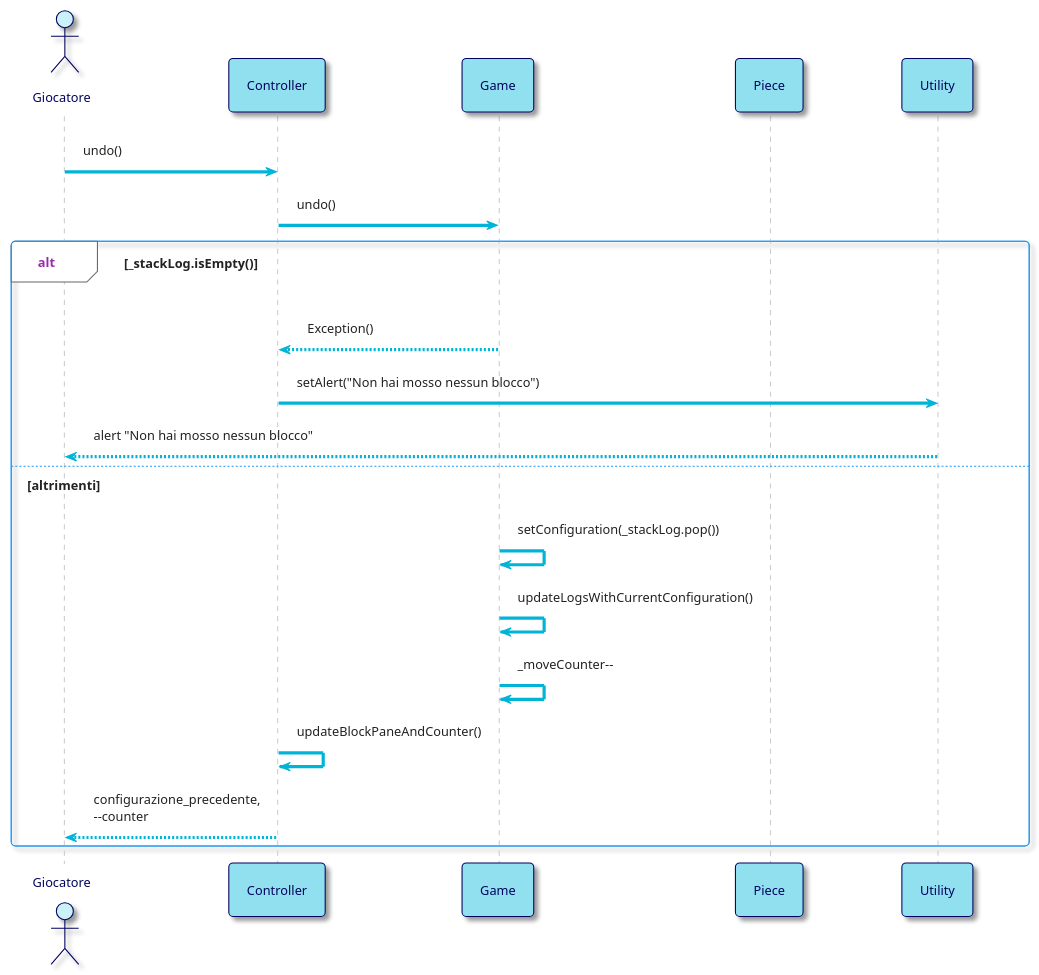
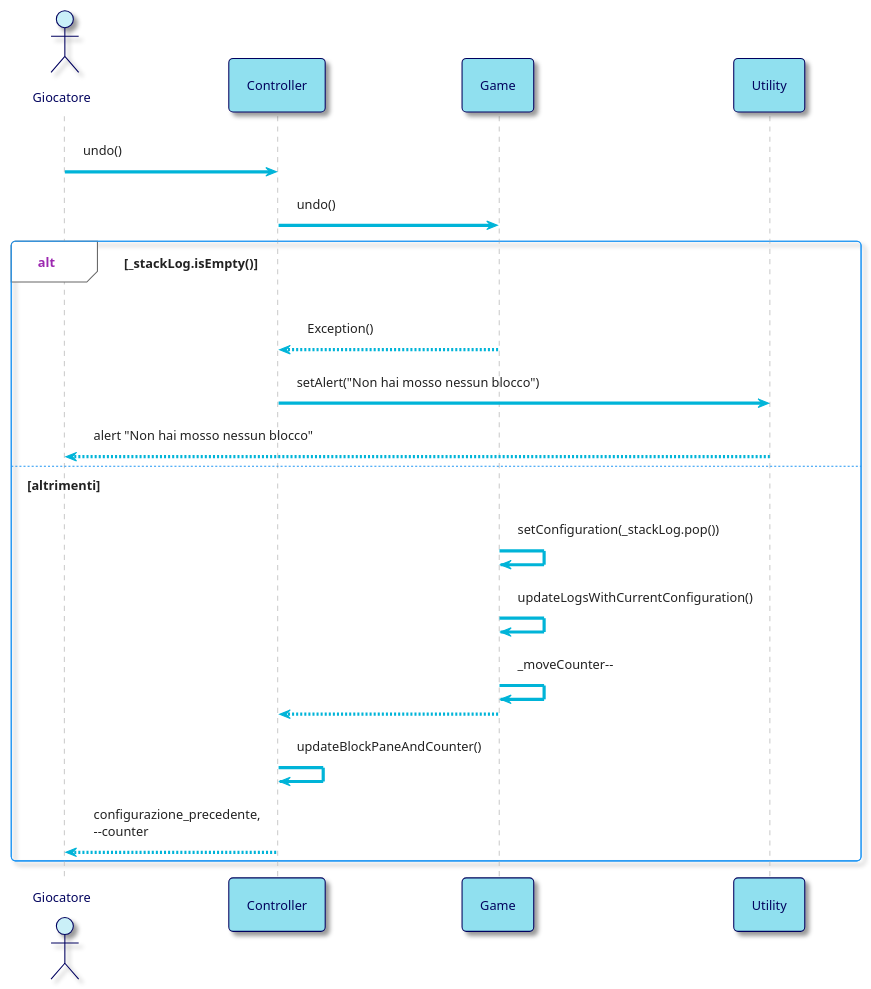
The fourth of 6 diagrams in resources/Sequence_Diagrams.md (bellins14/klotski_gruppo2), drawn with PlantUML before and after one commit.

````diff
--- a/resources/Sequence_Diagrams.md
+++ b/resources/Sequence_Diagrams.md
@@ -215,41 +215,40 @@
 ```plantuml
 @startuml
 !theme materia-outline
 
 skinparam ArrowColor #00B4D8
 skinparam ActorBorderColor #03045E
 skinparam ActorFontColor #03045E
 skinparam ActorBackgroundColor #CAF0F8
 skinparam ParticipantFontColor #03045E
 skinparam ParticipantBorderColor #03045E
 skinparam ParticipantBackgroundColor #90E0EF
 skinparam DatabaseBorderColor #03045E
 skinparam DatabaseBackgroundColor #00B4D8
 skinparam DatabaseFontColor #03045E
 skinparam BackgroundColor #FFFFFF
 
 actor Giocatore 
 participant Controller
 participant Game
-participant Piece
-
 
 Giocatore -> Controller: undo()
 Controller -> Game: undo()
 
 alt _stackLog.isEmpty()
 Game --> Controller: Exception()
 Controller -> Utility: setAlert("Non hai mosso nessun blocco")
 Utility --> Giocatore: alert "Non hai mosso nessun blocco"
 
 else altrimenti
 Game -> Game: setConfiguration(_stackLog.pop()) 
 Game -> Game: updateLogsWithCurrentConfiguration()
 Game -> Game:_moveCounter--
+Game --> Controller
 Controller -> Controller: updateBlockPaneAndCounter()
 Controller --> Giocatore: configurazione_precedente,\n--counter
 
 end
 
 @enduml
 ```
````
